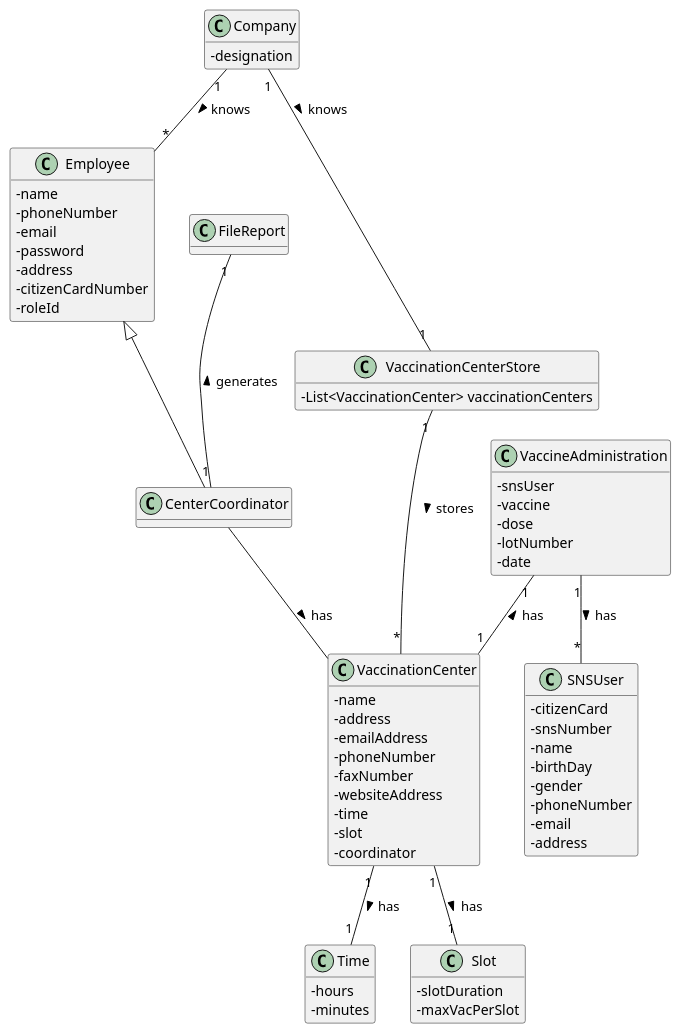
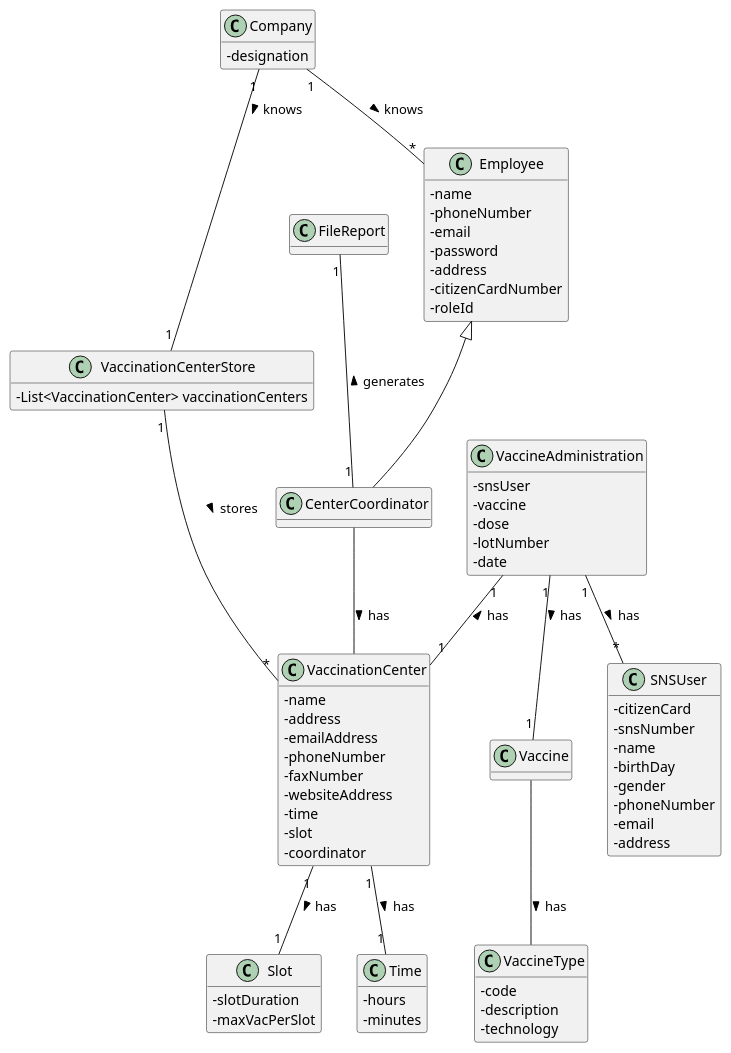
Before and after one commit to miseEnPlace-i/lapr2: the diagram in docs/SprintD/US15/DM/US15_DM.puml, drawn with PlantUML. The commit also changed 1 other file, not shown here.

```diff
--- a/docs/SprintD/US15/DM/US15_DM.puml
+++ b/docs/SprintD/US15/DM/US15_DM.puml
@@ -1,79 +1,89 @@
 @startuml US15_DM
 hide methods
 skinparam classAttributeIconSize 0
 
 class Company {
   -designation
 }
 
 class CenterCoordinator {}
 
 class Employee {
   -name
   -phoneNumber
   -email
   -password
   -address
   -citizenCardNumber
   -roleId
 }
 
 class VaccinationCenter{
   -name
   -address
   -emailAddress
   -phoneNumber
   -faxNumber
   -websiteAddress
   -time
   -slot
   -coordinator
 }
 
 class VaccinationCenterStore {
   -List<VaccinationCenter> vaccinationCenters
 }
 
 class Time {
   -hours
   -minutes
 }
 
 class Slot {
   -slotDuration
   -maxVacPerSlot
 }
 
 class VaccineAdministration {
   -snsUser
   -vaccine
   -dose
   -lotNumber
   -date
 }
 
 class SNSUser {
   - citizenCard
   - snsNumber
   - name
   - birthDay
   - gender
   - phoneNumber
   - email
   - address
 }
 
 class FileReport {}
 
+class Vaccine {}
+
+class VaccineType {
+  -code 
+  -description
+  -technology
+}
+
 Company "1" -- "*" Employee : knows >
 Employee <|-- CenterCoordinator
 CenterCoordinator -- VaccinationCenter : has >
 VaccinationCenter "1" -- "1" Time : has >
 VaccinationCenter "1"-- "1" Slot : has >
 VaccinationCenterStore "1" -- "*" VaccinationCenter : stores >
 Company "1" -- "1" VaccinationCenterStore : knows >
 FileReport "1" -- "1" CenterCoordinator : generates <
 VaccineAdministration "1" -- "1" VaccinationCenter : has <
 VaccineAdministration "1" -- "*" SNSUser : has >
+VaccineAdministration "1" -- "1" Vaccine : has > 
+Vaccine -- VaccineType : has >
 
 @enduml
```
